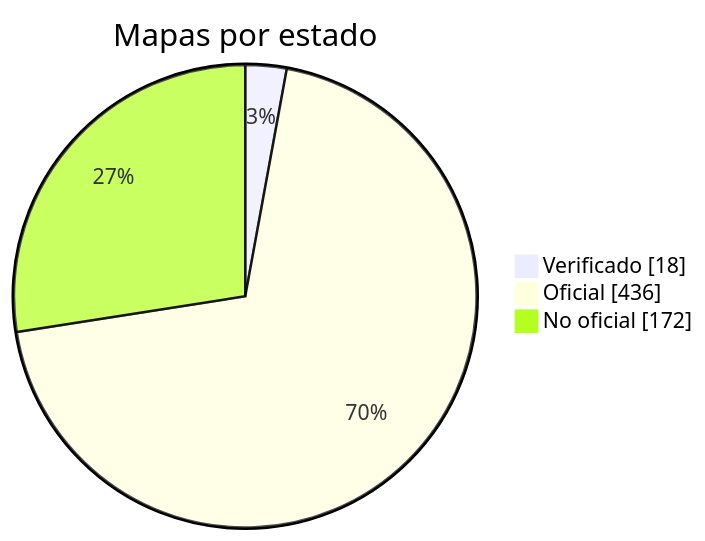
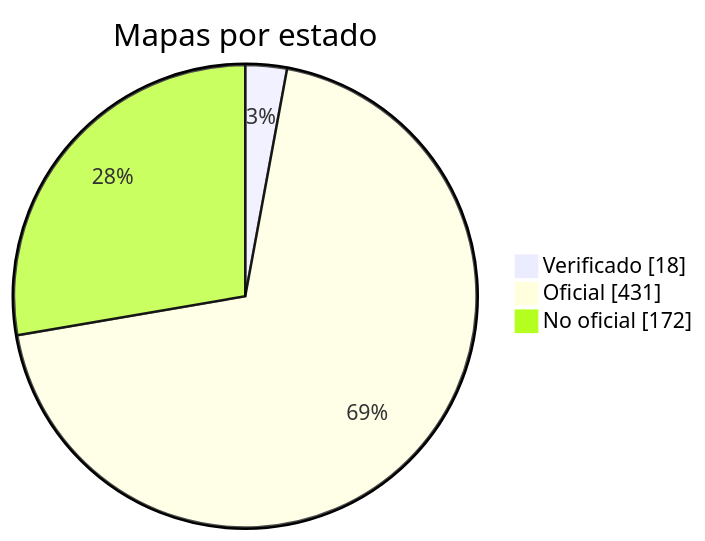
One commit to nobrega8/mbmap-library changed the diagram in docs/readme/README_ES.md. Above: the diagram before and after it, drawn with Mermaid. The commit also changed 14 other files, not shown here.

````diff
--- a/docs/readme/README_ES.md
+++ b/docs/readme/README_ES.md
@@ -54,7 +54,7 @@
 ```mermaid
 pie showData
     title Mapas por estado
     "Verificado" : 18
-    "Oficial" : 436
+    "Oficial" : 431
     "No oficial" : 172
 ```
````
